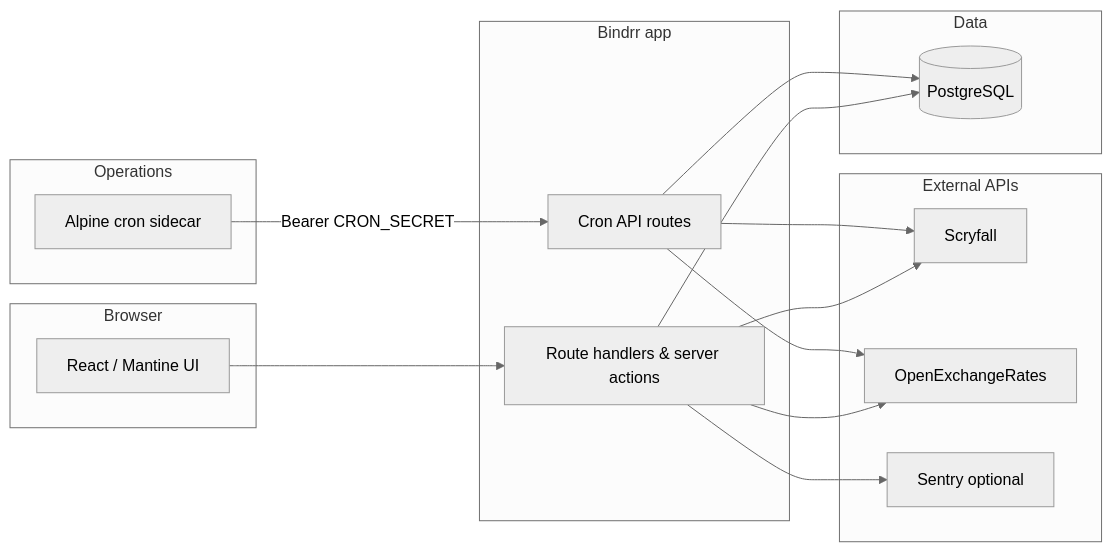
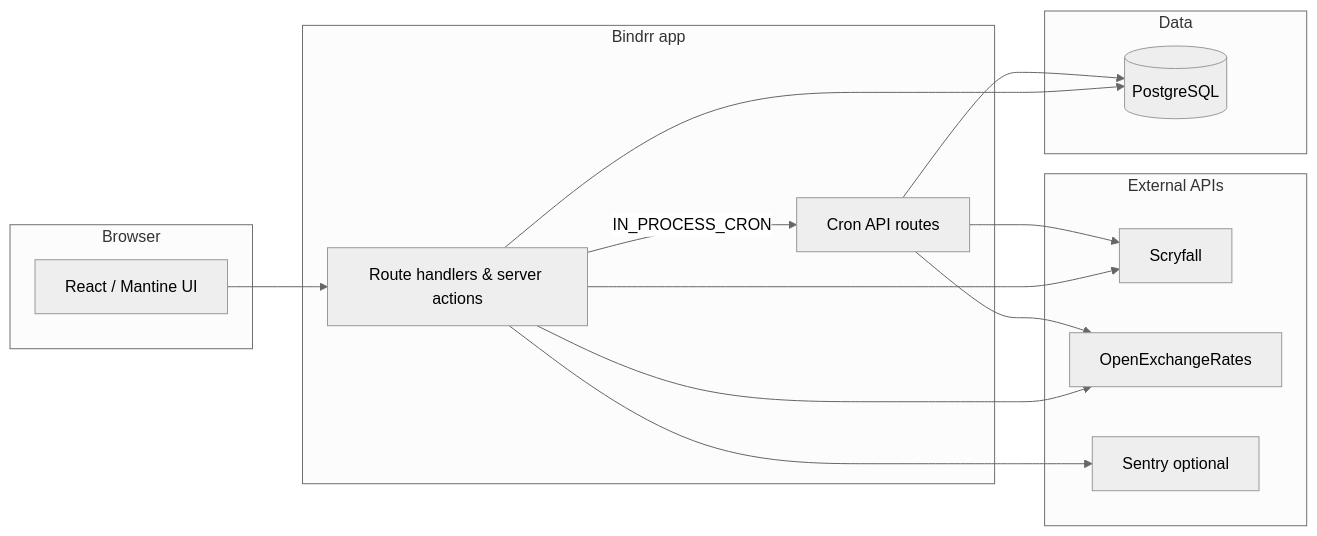
The diagram in docs/architecture.md (zendamacf/bindrr), drawn with Mermaid (neutral theme) before and after one commit. The commit also changed other lines of this file and 17 other files, not shown here.

First line of the commit message:
feat(cron): run scheduled jobs in-app, remove Alpine sidecar

````diff
--- a/docs/architecture.md
+++ b/docs/architecture.md
@@ -7,35 +7,31 @@
 ```mermaid
 flowchart LR
   subgraph client [Browser]
     UI[React / Mantine UI]
   end
 
   subgraph bindrr [Bindrr app]
     API[Route handlers & server actions]
     Jobs[Cron API routes]
   end
 
   subgraph data [Data]
     PG[(PostgreSQL)]
   end
 
   subgraph external [External APIs]
     SF[Scryfall]
     OXR[OpenExchangeRates]
     Sentry[Sentry optional]
   end
 
-  subgraph ops [Operations]
-    CronSidecar[Alpine cron sidecar]
-  end
-
   UI --> API
   API --> PG
   API --> SF
   API --> OXR
   API --> Sentry
-  CronSidecar -->|Bearer CRON_SECRET| Jobs
+  API -->|IN_PROCESS_CRON| Jobs
   Jobs --> PG
   Jobs --> SF
   Jobs --> OXR
 ```
````
